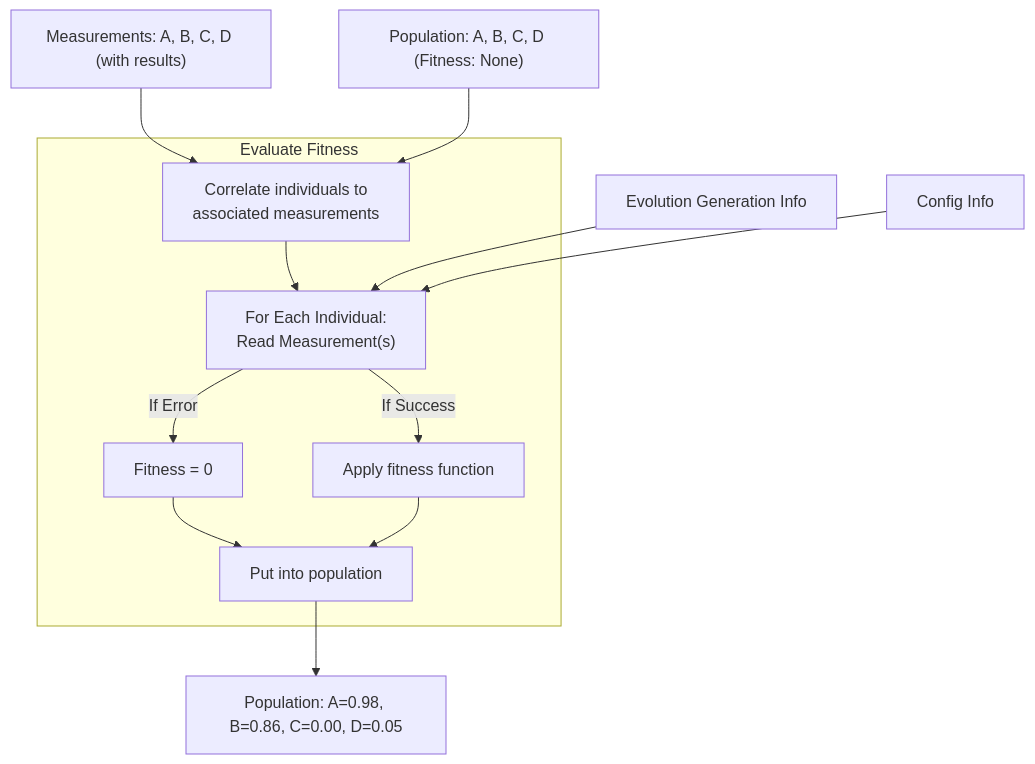
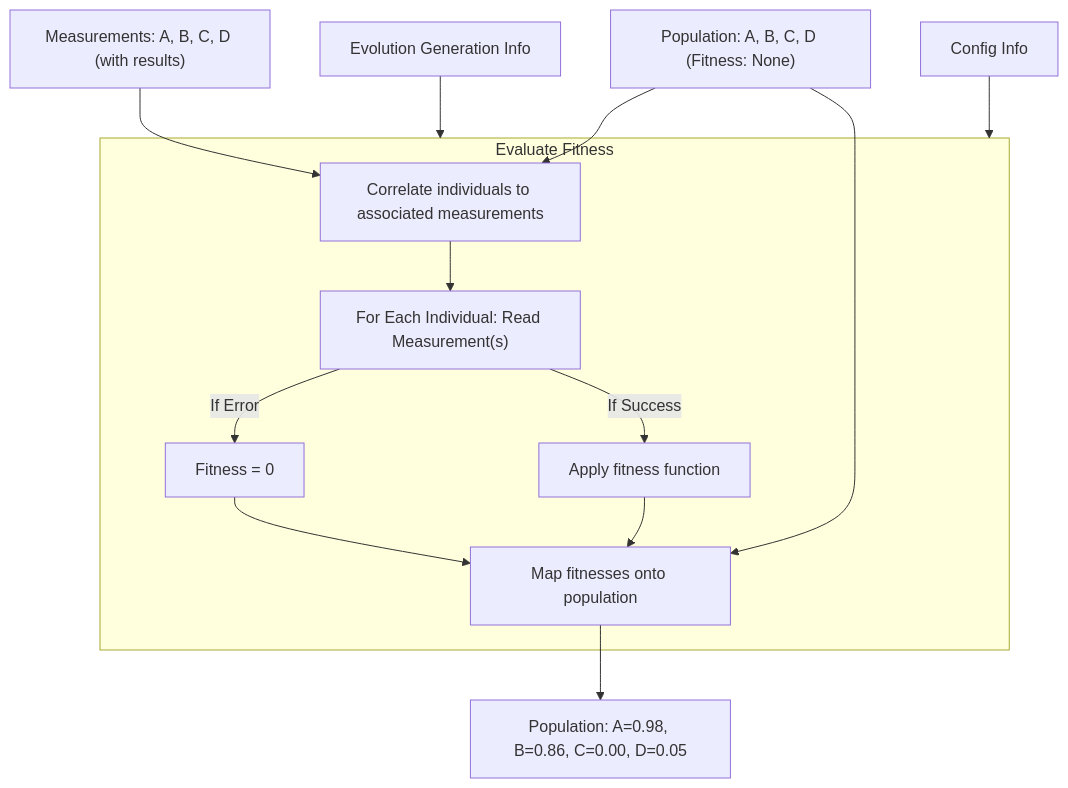
Diagram 19 of 22 in docs/sphinx/source/architecture/index.rst (evolvablehardware/BitstreamEvolution), drawn with Mermaid before and after one commit. The commit also changed other lines of this file and 28 other files, not shown here.

```diff
--- a/docs/sphinx/source/architecture/index.rst
+++ b/docs/sphinx/source/architecture/index.rst
@@ -455,24 +511,25 @@
 .. mermaid::
 
    flowchart TD
        meas6["Measurements: A, B, C, D (with results)"]
        pop6["Population: A, B, C, D (Fitness: None)"]
        geninfo6["Evolution Generation Info"]
        config6["Config Info"]
        subgraph EvalFit["Evaluate Fitness"]
-           correlate["Correlate individuals to\nassociated measurements"]
-           foreach6["For Each Individual:\nRead Measurement(s)"]
+           correlate["Correlate individuals to associated measurements"]
+           foreach6["For Each Individual: Read Measurement(s)"]
            iferror["Fitness = 0"]
            ifsuccess["Apply fitness function"]
-           putpop["Put into population"]
+           putpop["Map fitnesses onto population"]
            correlate --> foreach6
            foreach6 -->|"If Error"| iferror
            foreach6 -->|"If Success"| ifsuccess
            iferror --> putpop
            ifsuccess --> putpop
        end
        meas6 --> correlate
        pop6 --> correlate
-       geninfo6 --> foreach6
-       config6 --> foreach6
+       pop6 --> putpop
+       geninfo6 --> EvalFit
+       config6 --> EvalFit
        putpop --> fitout["Population: A=0.98, B=0.86, C=0.00, D=0.05"]
```
